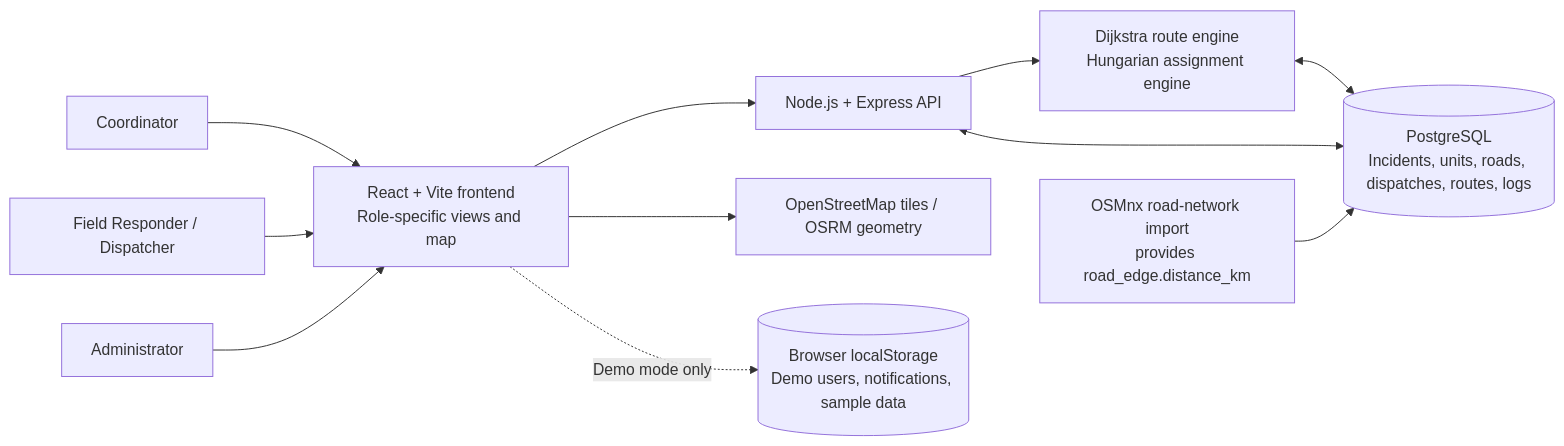
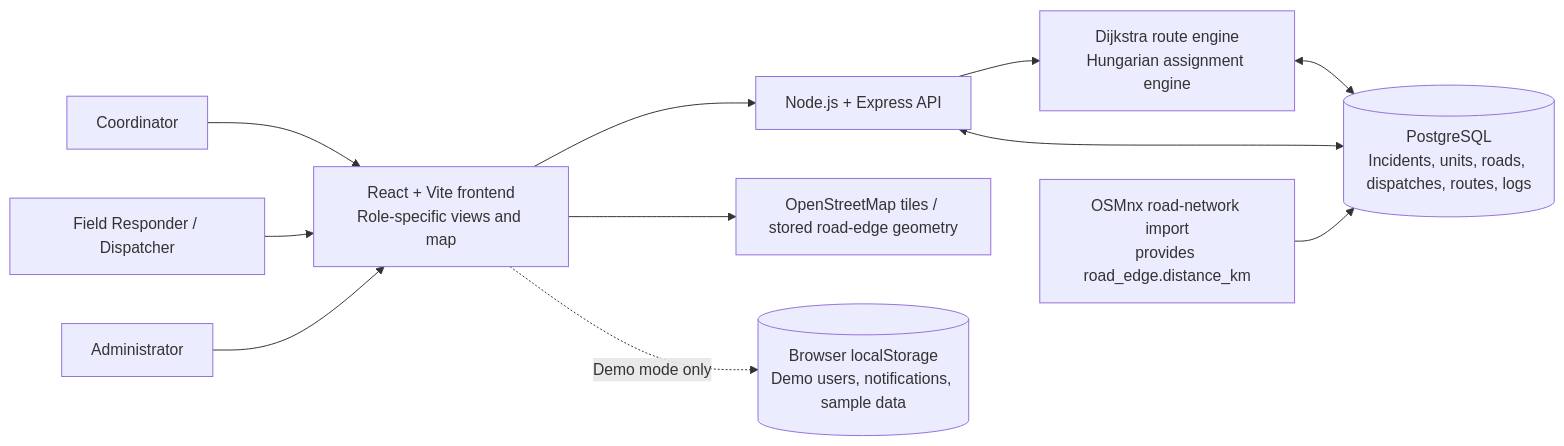
One commit to Andrevan04/Thesis changed the first of 2 diagrams in docs/current-system-diagrams.md. Above: the diagram before and after it, drawn with Mermaid. The commit also changed other lines of this file and 17 other files, not shown here.

````diff
--- a/docs/current-system-diagrams.md
+++ b/docs/current-system-diagrams.md
@@ -7,25 +7,25 @@
 ```mermaid
 flowchart LR
     Coordinator[Coordinator]
     Responder[Field Responder / Dispatcher]
     Admin[Administrator]
 
     UI[React + Vite frontend\nRole-specific views and map]
     API[Node.js + Express API]
     Optimizer[Dijkstra route engine\nHungarian assignment engine]
     DB[(PostgreSQL\nIncidents, units, roads, dispatches, routes, logs)]
     OSMnx[OSMnx road-network import\nprovides road_edge.distance_km]
-    MapServices[OpenStreetMap tiles / OSRM geometry]
+    MapServices[OpenStreetMap tiles / stored road-edge geometry]
     DemoStore[(Browser localStorage\nDemo users, notifications, sample data)]
 
     Coordinator --> UI
     Responder --> UI
     Admin --> UI
     UI --> API
     API --> Optimizer
     Optimizer <--> DB
     API <--> DB
     OSMnx --> DB
     UI --> MapServices
     UI -. Demo mode only .-> DemoStore
 ```
````
